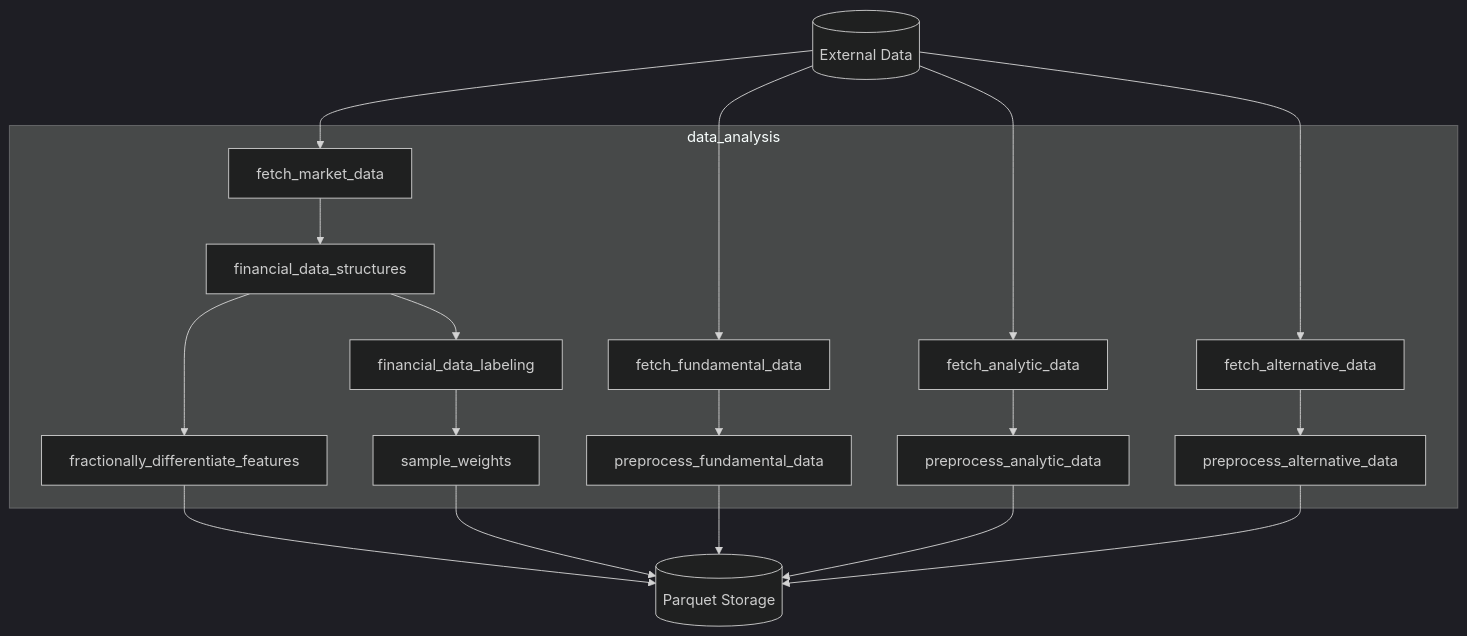
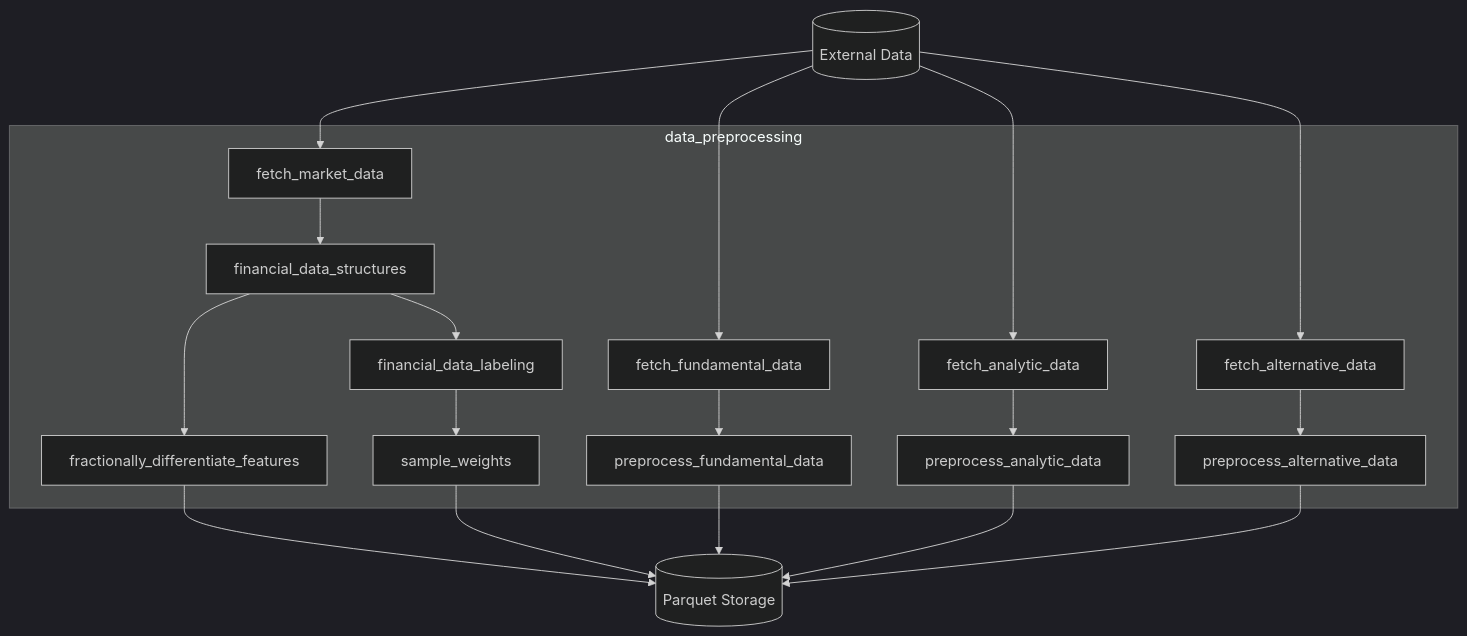
One commit to kwonjunhyuk9/financial-machine-learning changed the third of 6 diagrams in docs/architecture.md. Above: the diagram before and after it, drawn with Mermaid (dark theme). The commit also changed other lines of this file and 7 other files, not shown here.

````diff
--- a/docs/architecture.md
+++ b/docs/architecture.md
@@ -62,36 +62,36 @@
 ```mermaid
 flowchart TD
     ext[(External Data)]
     parquet[(Parquet Storage)]
 
-    subgraph dp[data_analysis]
+    subgraph dp[data_preprocessing]
         f1[fetch_market_data]
         f2[fetch_fundamental_data]
         f3[fetch_analytic_data]
         f4[fetch_alternative_data]
         s1[financial_data_structures]
         s2[financial_data_labeling]
         s3[fractionally_differentiate_features]
         s4[sample_weights]
         s5[preprocess_fundamental_data]
         s6[preprocess_analytic_data]
         s7[preprocess_alternative_data]
     end
 
     ext --> f1
     ext --> f2
     ext --> f3
     ext --> f4
     f1 --> s1
     s1 --> s2
     s1 --> s3
     s2 --> s4
     f2 --> s5
     f3 --> s6
     f4 --> s7
     s3 --> parquet
     s4 --> parquet
     s5 --> parquet
     s6 --> parquet
     s7 --> parquet
 ```
````
